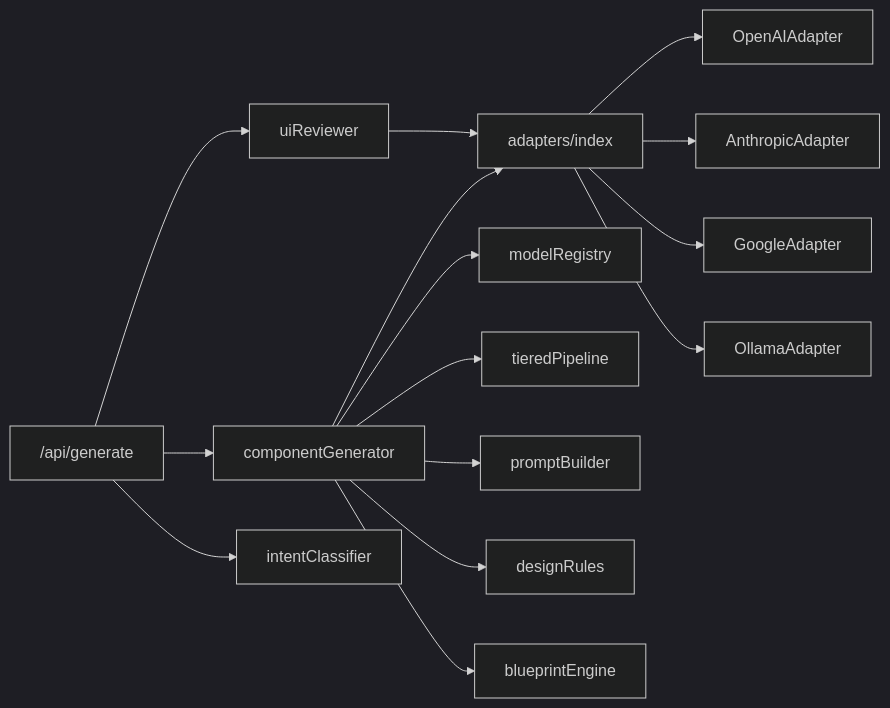
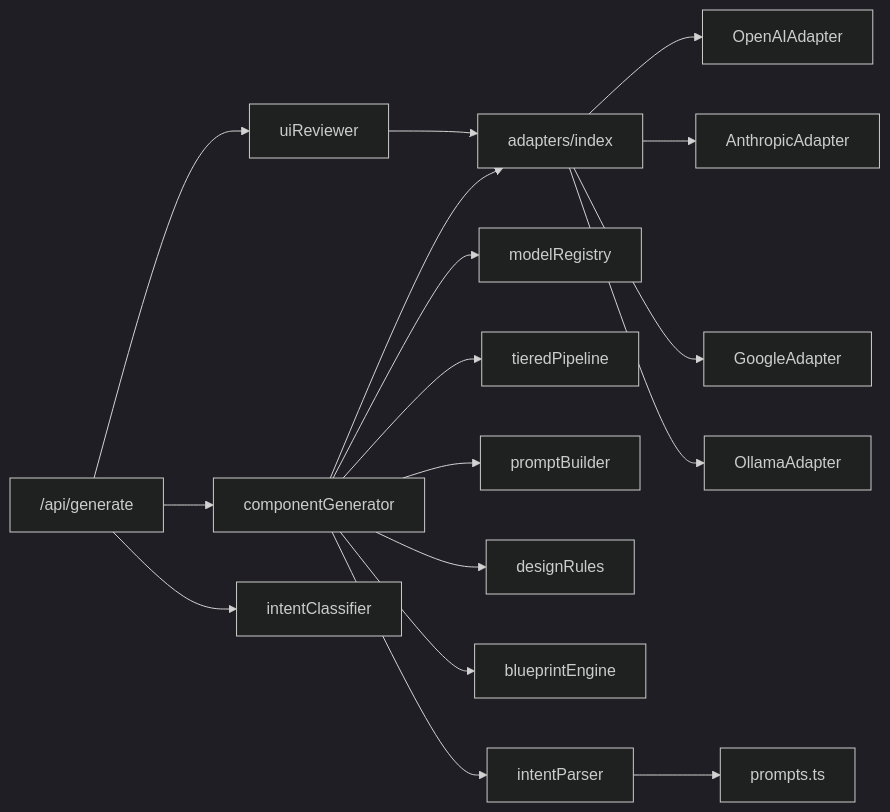
Before and after one commit to shekhargiri005-dotcom/AI-powered-accessibility-first-UI-engine: the tenth of 10 diagrams in .qoder/repowiki/en/content/AI Generation Engine/AI Generation Engine.md, drawn with Mermaid (dark theme). The commit also changed other lines of this file and 71 other files, not shown here.

````diff
--- a/.qoder/repowiki/en/content/AI Generation Engine/AI Generation Engine.md
+++ b/.qoder/repowiki/en/content/AI Generation Engine/AI Generation Engine.md
@@ -419,17 +505,19 @@
 ```mermaid
 graph LR
 GenRoute["/api/generate"] --> CG["componentGenerator"]
 GenRoute --> UR["uiReviewer"]
 GenRoute --> IC["intentClassifier"]
 CG --> ADI["adapters/index"]
 UR --> ADI
 CG --> MR["modelRegistry"]
 CG --> TP["tieredPipeline"]
 CG --> PB["promptBuilder"]
 CG --> DE["designRules"]
 CG --> BE["blueprintEngine"]
+CG --> IP["intentParser"]
+IP --> PR["prompts.ts"]
 ADI --> OAI["OpenAIAdapter"]
 ADI --> AN["AnthropicAdapter"]
 ADI --> GG["GoogleAdapter"]
 ADI --> OL["OllamaAdapter"]
 ```
````
